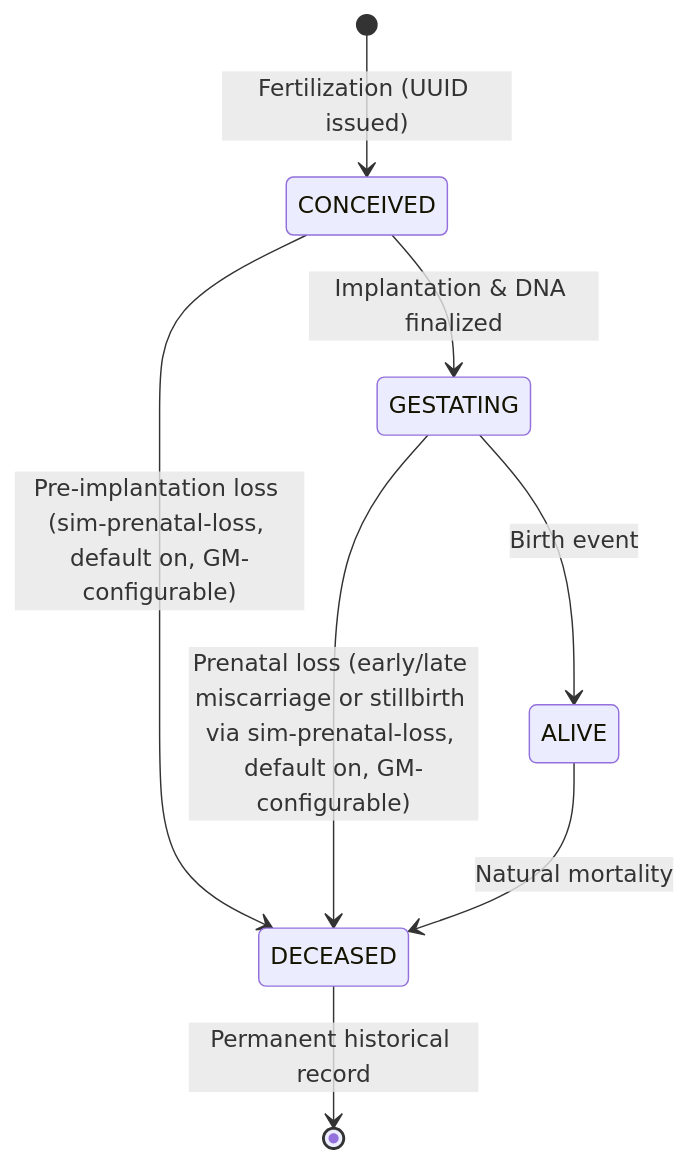
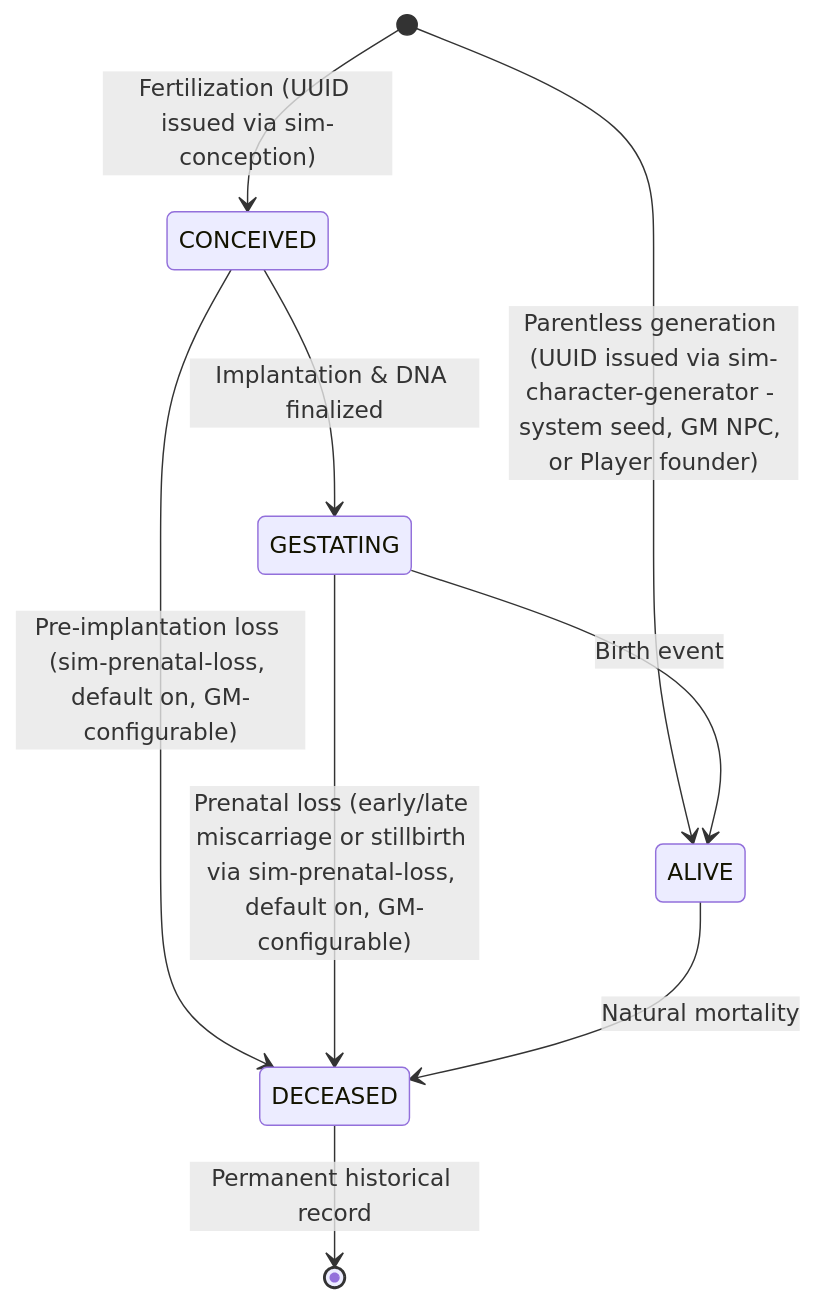
One commit to ladrost/princesspink changed the second of 5 diagrams in docs/Concept.md. Above: the diagram before and after it, drawn with Mermaid. The commit also changed other lines of this file and 9 other files, not shown here.

````diff
--- a/docs/Concept.md
+++ b/docs/Concept.md
@@ -286,10 +305,11 @@
 ```mermaid
 stateDiagram-v2
-    [*] --> CONCEIVED : Fertilization (UUID issued)
+    [*] --> CONCEIVED : Fertilization (UUID issued via sim-conception)
+    [*] --> ALIVE : Parentless generation (UUID issued via sim-character-generator - system seed, GM NPC, or Player founder)
     CONCEIVED --> GESTATING : Implantation & DNA finalized
     CONCEIVED --> DECEASED : Pre-implantation loss (sim-prenatal-loss, default on, GM-configurable)
     GESTATING --> ALIVE : Birth event
     GESTATING --> DECEASED : Prenatal loss (early/late miscarriage or stillbirth via sim-prenatal-loss, default on, GM-configurable)
     ALIVE --> DECEASED : Natural mortality
     DECEASED --> [*] : Permanent historical record
 ```
````
